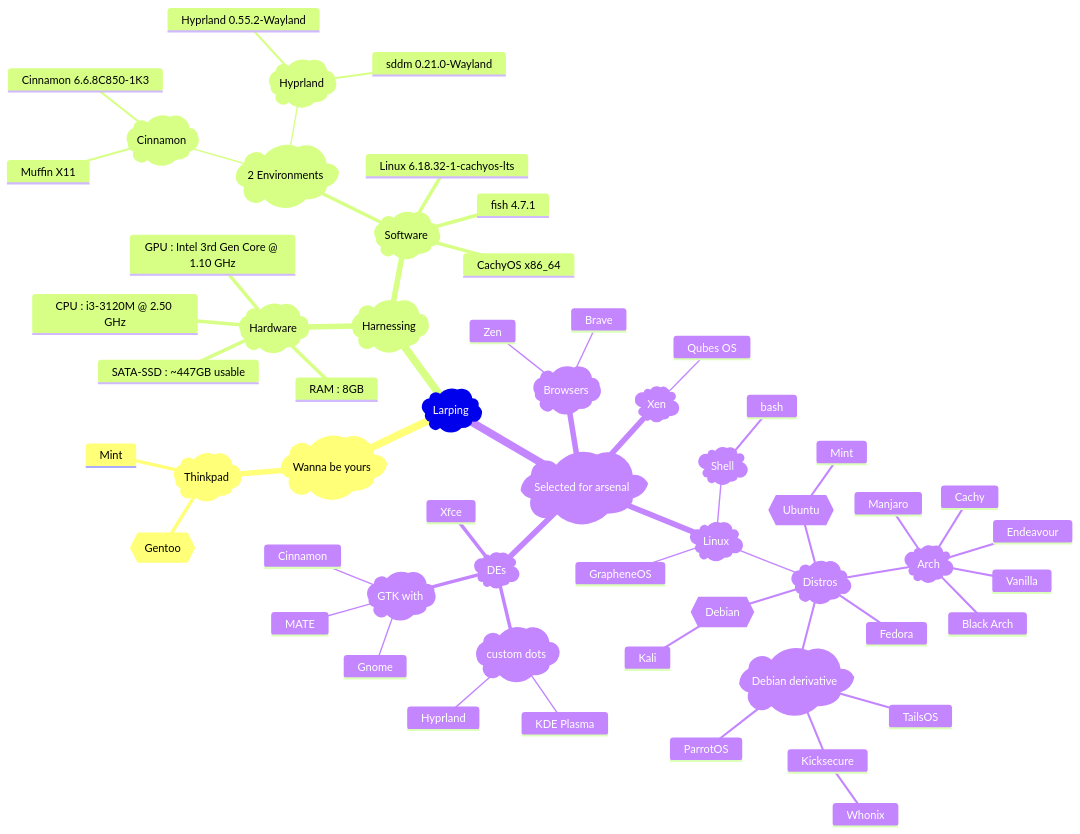
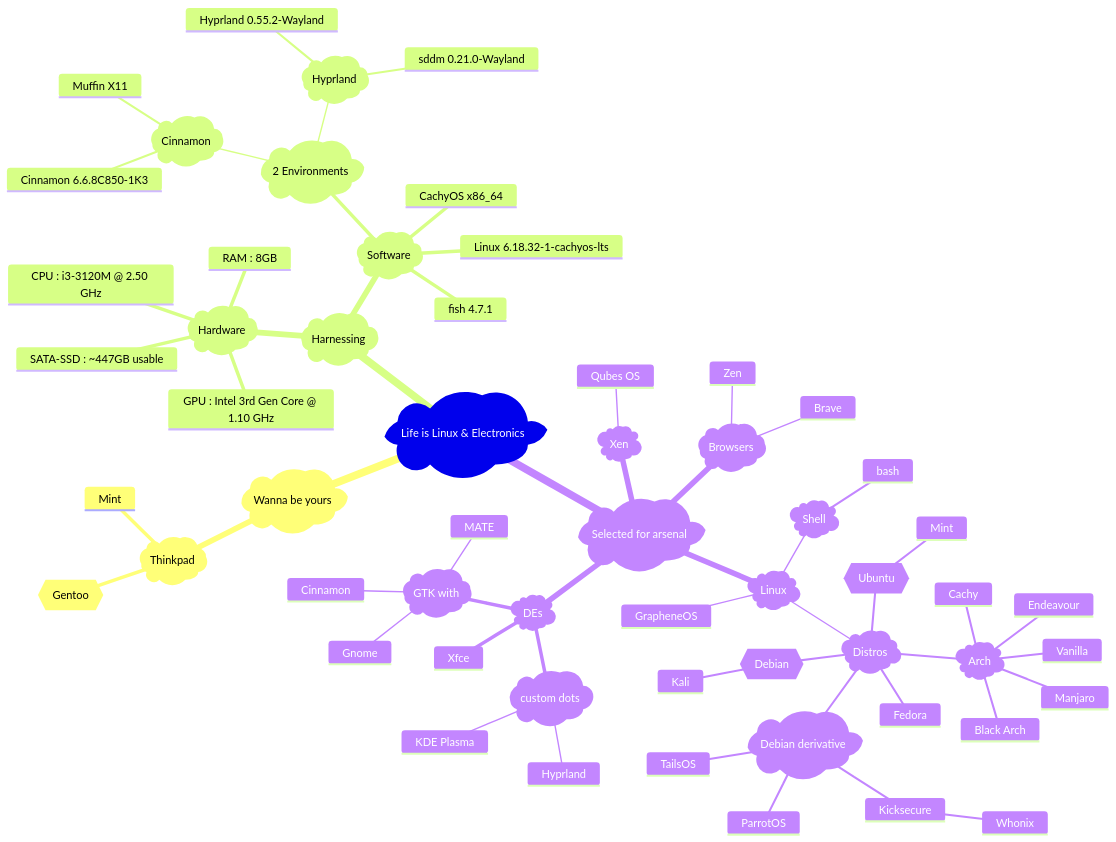
One commit to Chintanpatel24/Chintanpatel24 changed the diagram in README.md. Above: the diagram before and after it, drawn with Mermaid.

````diff
--- a/README.md
+++ b/README.md
@@ -4,61 +4,61 @@
 ```mermaid
 mindmap
-root)Larping(
+root)Life is Linux & Electronics(
  ) Wanna be yours(
   )Thinkpad(
    {{Gentoo}}
    Mint
  )Harnessing(
   )Hardware(     
    GPU : Intel 3rd Gen Core @ 1.10 GHz
    CPU : i3-3120M @ 2.50 GHz
    RAM : 8GB
    SATA-SSD : ~447GB usable 
   )Software(
    )2 Environments(
     )Cinnamon( 
      Muffin X11
      Cinnamon 6.6.8C850-1K3
     )Hyprland(
      Hyprland 0.55.2-Wayland
      sddm 0.21.0-Wayland
    CachyOS x86_64
    fish 4.7.1
    Linux 6.18.32-1-cachyos-lts
  ) Selected for arsenal(
    )Browsers(
     Zen
     Brave
    )Xen(
     Qubes OS
    )Linux(
     )Shell(
      bash
     GrapheneOS
     )Distros(
      )Arch(
       Endeavour
       Vanilla
       Black Arch
       Cachy
       Manjaro
      {{Debian}}
       Kali
      {{Ubuntu}}
       Mint
      Fedora
      )Debian derivative(
       Kicksecure
        Whonix
       ParrotOS
       TailsOS
   )DEs(
    Xfce
    )custom dots(
     Hyprland
     KDE Plasma
    )GTK with(
     Cinnamon
     Gnome
     MATE
 ```
````
